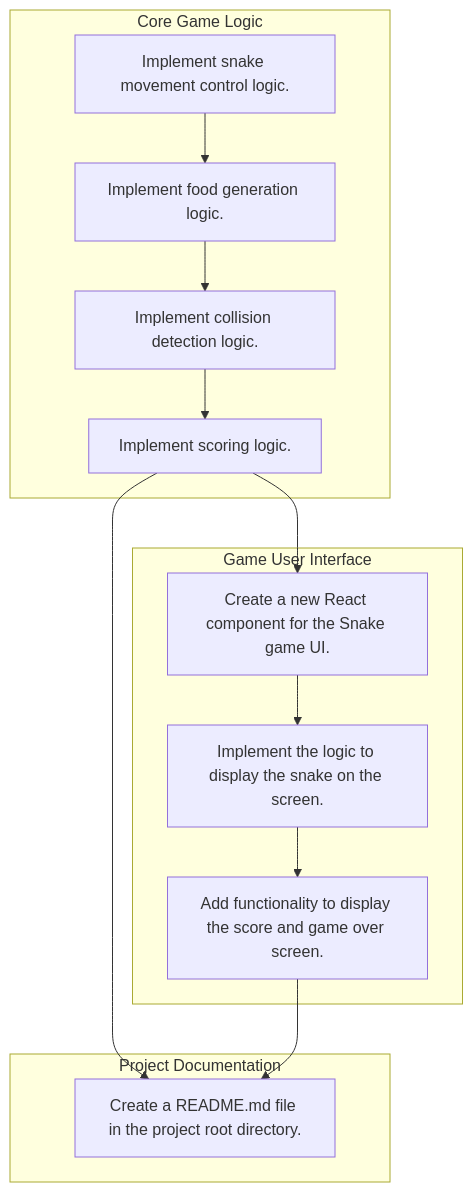
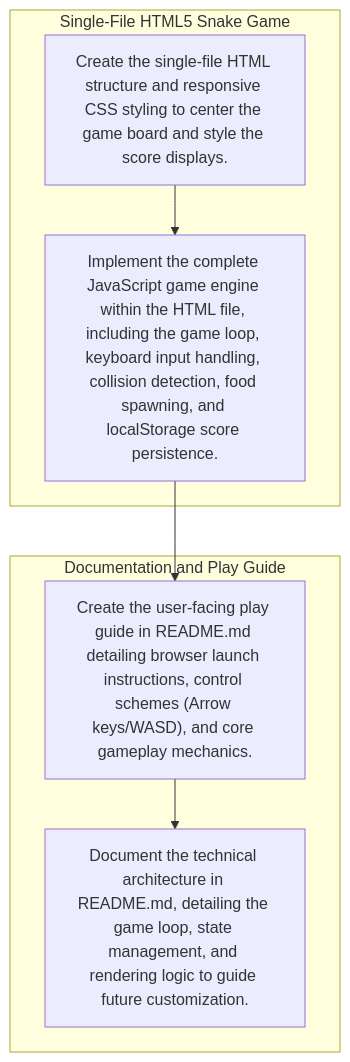
Before and after one commit to pojeesahil/Kaizen: the diagram in work/DAG/dag_flow.md, drawn with Mermaid. The commit also changed other lines of this file and 10 other files, not shown here.

````diff
--- a/work/DAG/dag_flow.md
+++ b/work/DAG/dag_flow.md
@@ -9,25 +9,14 @@
 ```mermaid
 flowchart TD
-subgraph sub_coreLogic_5083b1 ["Core Game Logic"]
-coreLogic_5083b1_t1_9f6dc3["Implement snake movement control logic."]
-coreLogic_5083b1_t2_b15221["Implement food generation logic."]
-coreLogic_5083b1_t3_686b0b["Implement collision detection logic."]
-coreLogic_5083b1_t4_b835bc["Implement scoring logic."]
+subgraph sub_snakeGameHtml_a70390 ["Single-File HTML5 Snake Game"]
+snakeGameHtml_a70390_t1_1613dd["Create the single-file HTML structure and responsive CSS styling to center the game board and style the score displays."]
+snakeGameHtml_a70390_t2_c6ada0["Implement the complete JavaScript game engine within the HTML file, including the game loop, keyboard input handling, collision detection, food spawning, and localStorage score persistence."]
 end
-subgraph sub_gameUi_832f05 ["Game User Interface"]
-gameUi_832f05_t1_88f00f["Create a new React component for the Snake game UI."]
-gameUi_832f05_t2_7dead7["Implement the logic to display the snake on the screen."]
-gameUi_832f05_t3_ec02a2["Add functionality to display the score and game over screen."]
+subgraph sub_readme_50e9cf ["Documentation and Play Guide"]
+readme_50e9cf_t1_e33fb1["Create the user-facing play guide in README.md detailing browser launch instructions, control schemes (Arrow keys/WASD), and core gameplay mechanics."]
+readme_50e9cf_t2_88cd1c["Document the technical architecture in README.md, detailing the game loop, state management, and rendering logic to guide future customization."]
 end
-subgraph sub_readme_c307e9 ["Project Documentation"]
-readme_c307e9_t1_77c810["Create a README.md file in the project root directory."]
-end
-coreLogic_5083b1_t1_9f6dc3 --> coreLogic_5083b1_t2_b15221
-coreLogic_5083b1_t2_b15221 --> coreLogic_5083b1_t3_686b0b
-coreLogic_5083b1_t3_686b0b --> coreLogic_5083b1_t4_b835bc
-coreLogic_5083b1_t4_b835bc --> gameUi_832f05_t1_88f00f
-gameUi_832f05_t1_88f00f --> gameUi_832f05_t2_7dead7
-gameUi_832f05_t2_7dead7 --> gameUi_832f05_t3_ec02a2
-coreLogic_5083b1_t4_b835bc --> readme_c307e9_t1_77c810
-gameUi_832f05_t3_ec02a2 --> readme_c307e9_t1_77c810
+snakeGameHtml_a70390_t1_1613dd --> snakeGameHtml_a70390_t2_c6ada0
+snakeGameHtml_a70390_t2_c6ada0 --> readme_50e9cf_t1_e33fb1
+readme_50e9cf_t1_e33fb1 --> readme_50e9cf_t2_88cd1c
 ```
````
